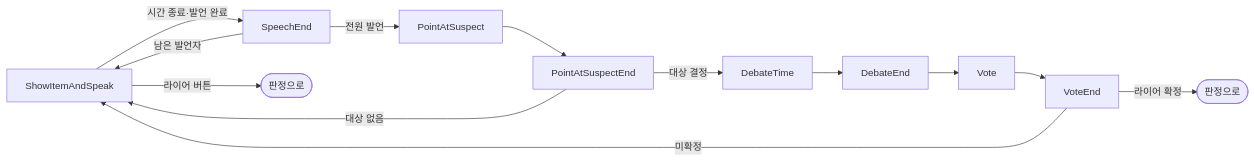
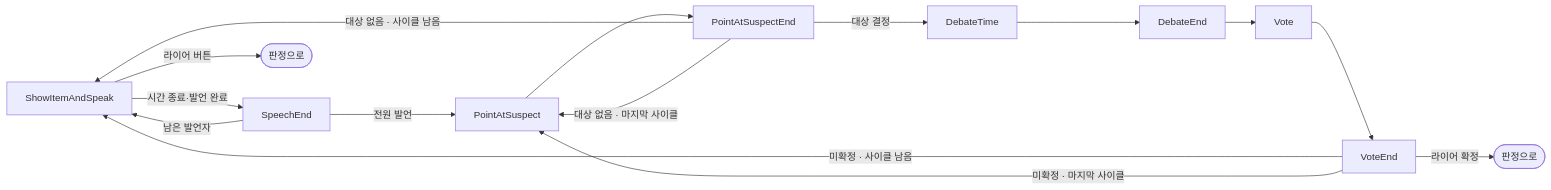
One commit to krr6606/krr6606.github.io changed the fourth of 6 diagrams in src/2-sh-server/기술문서.md. Above: the diagram before and after it, drawn with Mermaid. The commit also changed other lines of this file and 5 other files, not shown here.

````diff
--- a/src/2-sh-server/기술문서.md
+++ b/src/2-sh-server/기술문서.md
@@ -296,11 +296,13 @@
 ```mermaid
 flowchart LR
     SI[ShowItemAndSpeak] -->|시간 종료·발언 완료| SE[SpeechEnd]
     SE -->|남은 발언자| SI
     SE -->|전원 발언| PA[PointAtSuspect] --> PE[PointAtSuspectEnd]
     PE -->|대상 결정| DT[DebateTime] --> DE[DebateEnd] --> V[Vote] --> VE[VoteEnd]
-    PE -->|대상 없음| SI
-    VE -->|미확정| SI
+    PE -->|대상 없음 · 사이클 남음| SI
+    PE -->|대상 없음 · 마지막 사이클| PA
+    VE -->|미확정 · 사이클 남음| SI
+    VE -->|미확정 · 마지막 사이클| PA
     VE -->|라이어 확정| LC([판정으로])
     SI -->|라이어 버튼| LO([판정으로])
 ```
````
